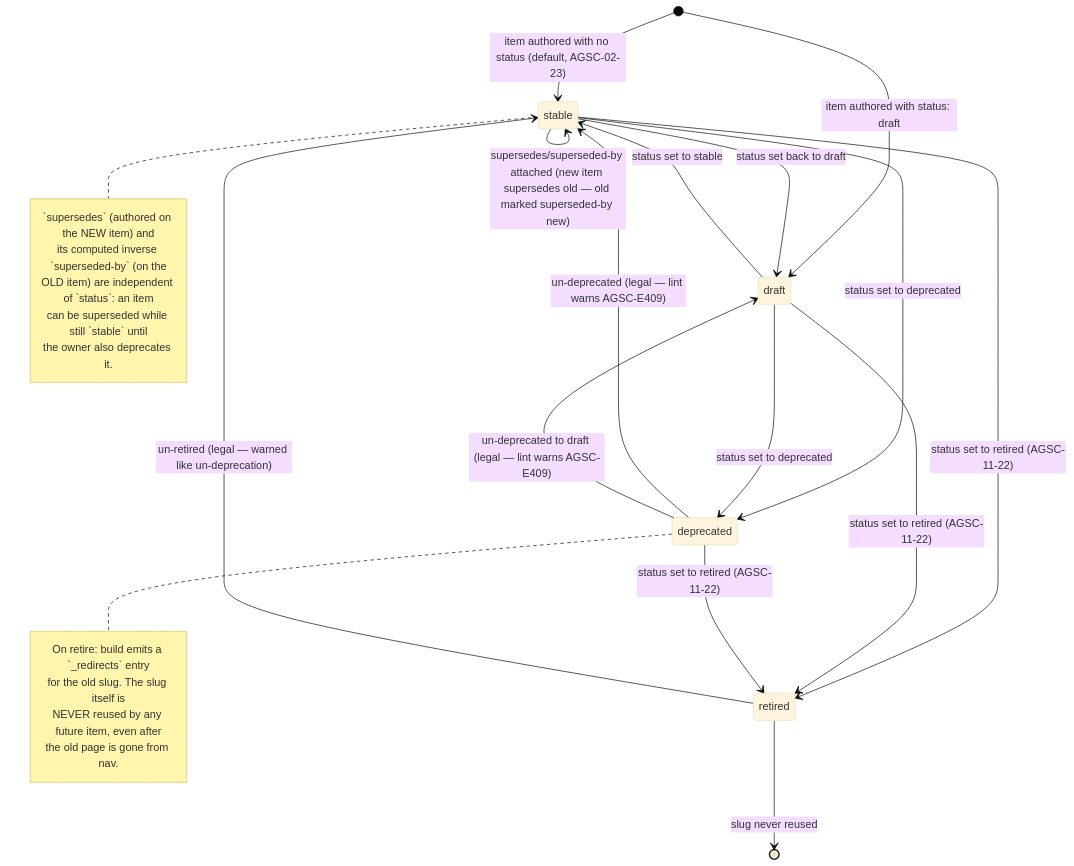
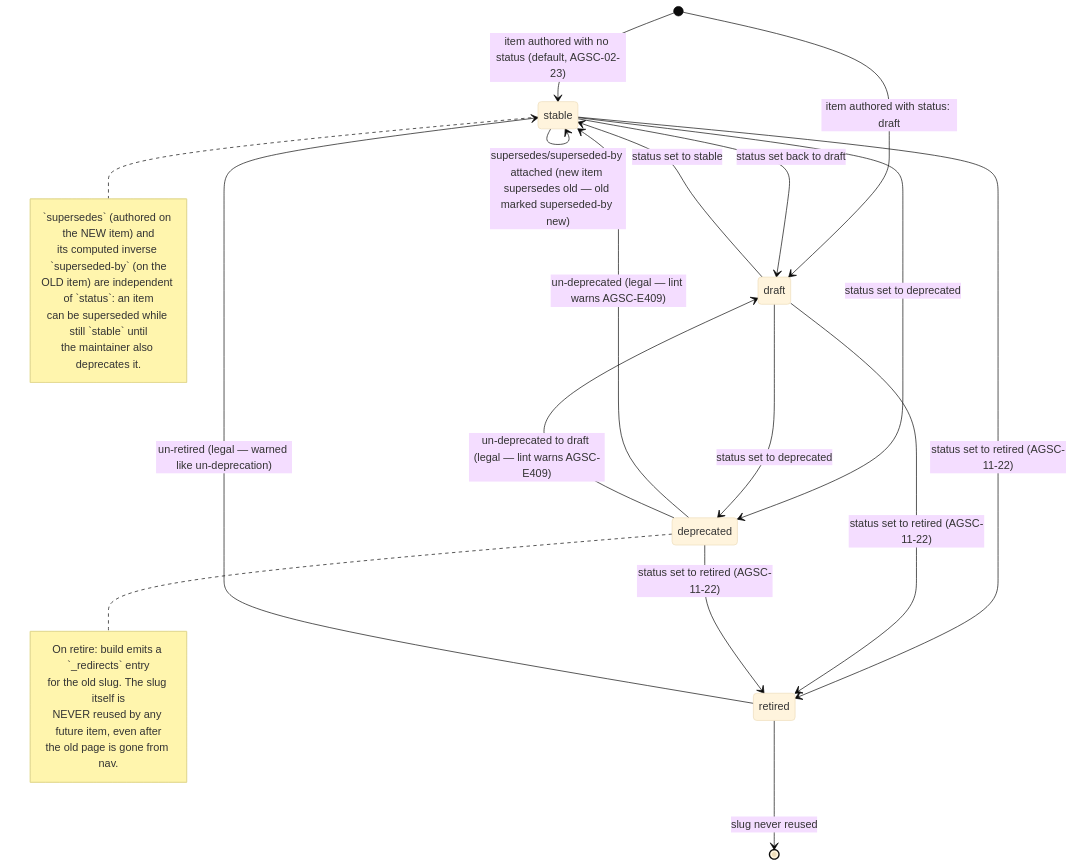
One commit to andreibesleaga/agentic-system-core changed the diagram in docs/diagrams/state-item-lifecycle.md. Above: the diagram before and after it, drawn with Mermaid (base theme). The commit also changed 11 other files, not shown here.

````diff
--- a/docs/diagrams/state-item-lifecycle.md
+++ b/docs/diagrams/state-item-lifecycle.md
@@ -5,36 +5,36 @@
 ```mermaid
 stateDiagram-v2
   [*] --> stable: item authored with no status (default, AGSC-02-23)
   [*] --> draft: item authored with status: draft
 
   draft --> stable: status set to stable
   stable --> draft: status set back to draft
   stable --> deprecated: status set to deprecated
   draft --> deprecated: status set to deprecated
 
   deprecated --> stable: un-deprecated (legal — lint warns AGSC-E409)
   deprecated --> draft: un-deprecated to draft (legal — lint warns AGSC-E409)
 
   stable --> retired: status set to retired (AGSC-11-22)
   draft --> retired: status set to retired (AGSC-11-22)
   deprecated --> retired: status set to retired (AGSC-11-22)
   retired --> stable: un-retired (legal — warned like un-deprecation)
   retired --> [*]: slug never reused
 
   stable --> stable: supersedes/superseded-by attached (new item supersedes old — old marked superseded-by new)
 
   note right of deprecated
     On retire: build emits a `_redirects` entry
     for the old slug. The slug itself is
     NEVER reused by any future item, even after
     the old page is gone from nav.
   end note
 
   note right of stable
     `supersedes` (authored on the NEW item) and
     its computed inverse `superseded-by` (on the
     OLD item) are independent of `status`: an item
     can be superseded while still `stable` until
-    the owner also deprecates it.
+    the maintainer also deprecates it.
   end note
 ```
````
